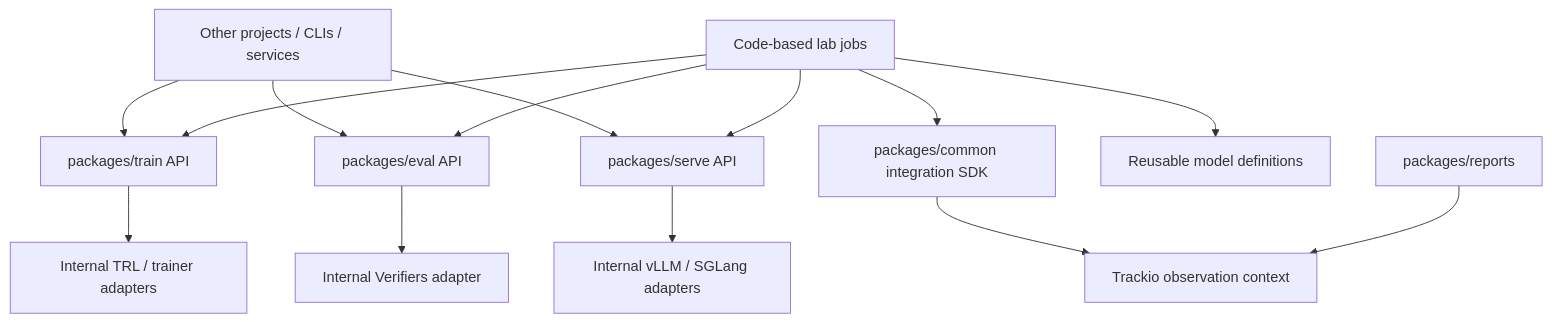
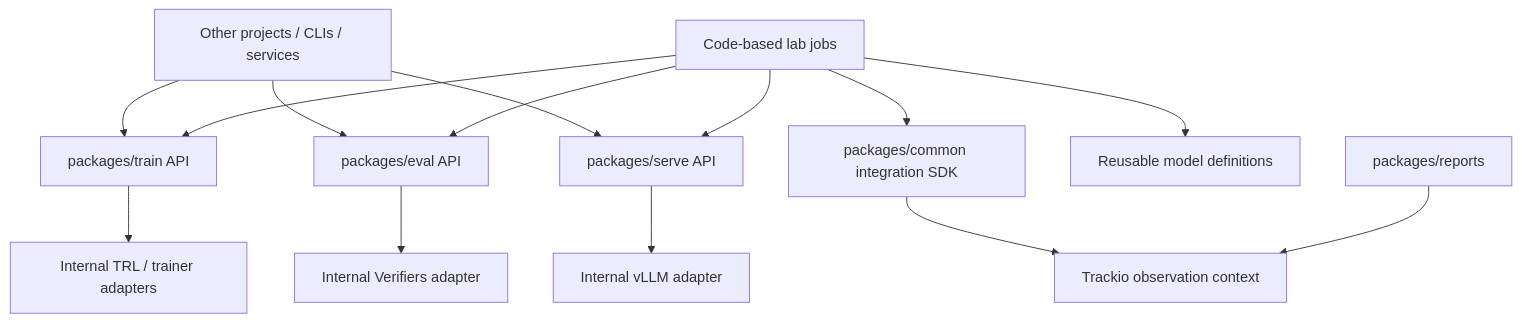
The diagram in docs/architecture/layers-and-ownership.md (carbonteq-ai/posttrain), drawn with Mermaid before and after one commit. The commit also changed other lines of this file and 37 other files, not shown here.

````diff
--- a/docs/architecture/layers-and-ownership.md
+++ b/docs/architecture/layers-and-ownership.md
@@ -14,16 +14,16 @@
 ```mermaid
 flowchart TB
     P["Other projects / CLIs / services"] --> T["packages/train API"]
     P --> E["packages/eval API"]
     P --> S["packages/serve API"]
     J["Code-based lab jobs"] --> C["packages/common integration SDK"]
     J --> T
     J --> E
     J --> S
     J --> M["Reusable model definitions"]
     T --> TI["Internal TRL / trainer adapters"]
     E --> EI["Internal Verifiers adapter"]
-    S --> SI["Internal vLLM / SGLang adapters"]
+    S --> SI["Internal vLLM adapter"]
     C --> O["Trackio observation context"]
     R["packages/reports"] --> O
 ```
````
